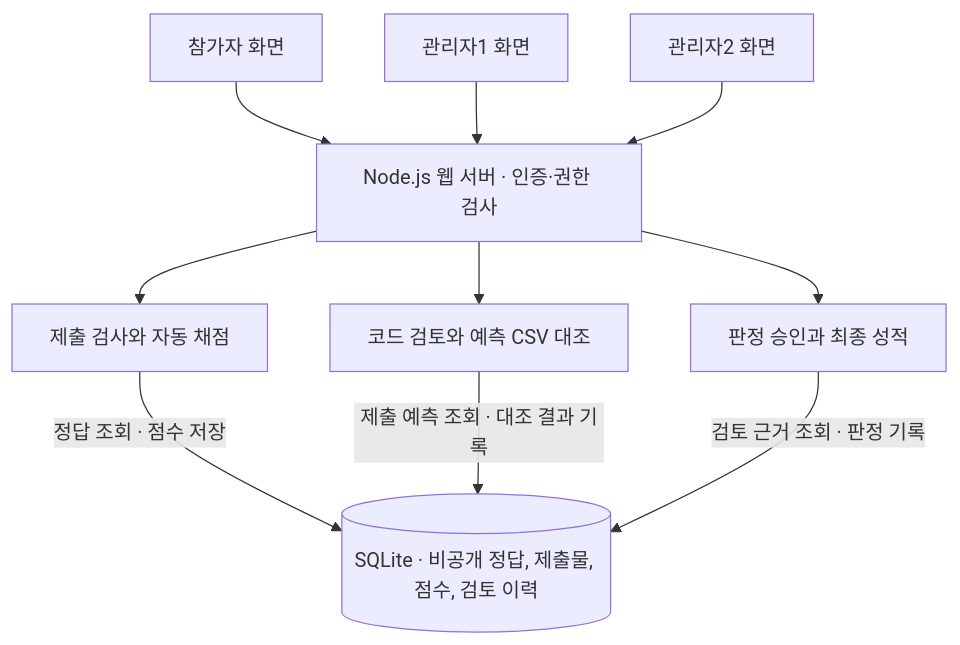
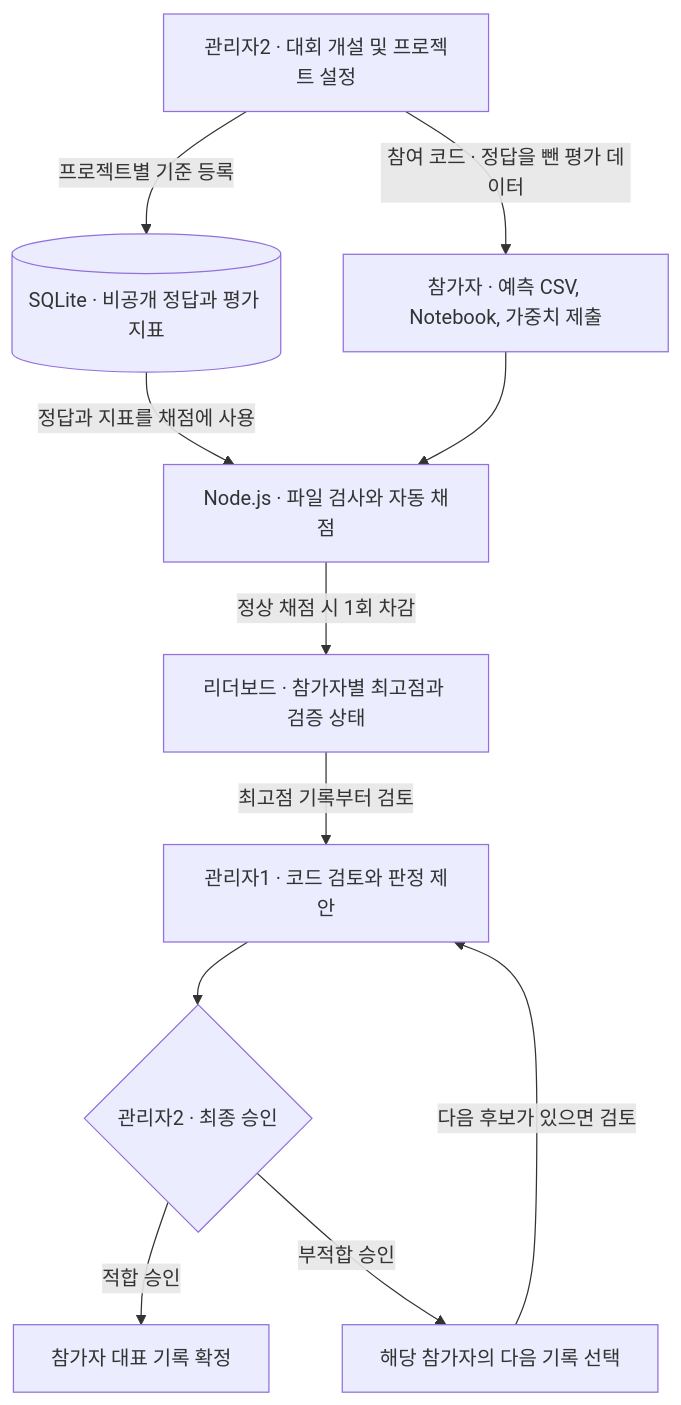
Before and after one commit to wjdekgur02/ai-: the diagram in README.md, drawn with Mermaid. The commit also changed other lines of this file, not shown here.

Commit message:
Align the architecture diagram with the competition workflow

````diff
--- a/README.md
+++ b/README.md
@@ -32,12 +32,23 @@
 ```mermaid
 flowchart TB
-    P["참가자 화면"] --> W["Node.js 웹 서버 · 인증·권한 검사"]
-    R["관리자1 화면"] --> W
-    A["관리자2 화면"] --> W
-    W --> S["제출 검사와 자동 채점"]
-    W --> V["코드 검토와 예측 CSV 대조"]
-    W --> F["판정 승인과 최종 성적"]
-    S -->|"정답 조회 · 점수 저장"| D[("SQLite · 비공개 정답, 제출물, 점수, 검토 이력")]
-    V -->|"제출 예측 조회 · 대조 결과 기록"| D
-    F -->|"검토 근거 조회 · 판정 기록"| D
+    A["관리자2 · 대회 개설 및 프로젝트 설정"]
+    D[("SQLite · 비공개 정답과 평가 지표")]
+    P["참가자 · 예측 CSV, Notebook, 가중치 제출"]
+    S["Node.js · 파일 검사와 자동 채점"]
+    L["리더보드 · 참가자별 최고점과 검증 상태"]
+    R["관리자1 · 코드 검토와 판정 제안"]
+    J{"관리자2 · 최종 승인"}
+    F["참가자 대표 기록 확정"]
+    N["해당 참가자의 다음 기록 선택"]
+
+    A -->|"참여 코드 · 정답을 뺀 평가 데이터"| P
+    A -->|"프로젝트별 기준 등록"| D
+    D -->|"정답과 지표를 채점에 사용"| S
+    P --> S
+    S -->|"정상 채점 시 1회 차감"| L
+    L -->|"최고점 기록부터 검토"| R
+    R --> J
+    J -->|"적합 승인"| F
+    J -->|"부적합 승인"| N
+    N -->|"다음 후보가 있으면 검토"| R
 ```
````
